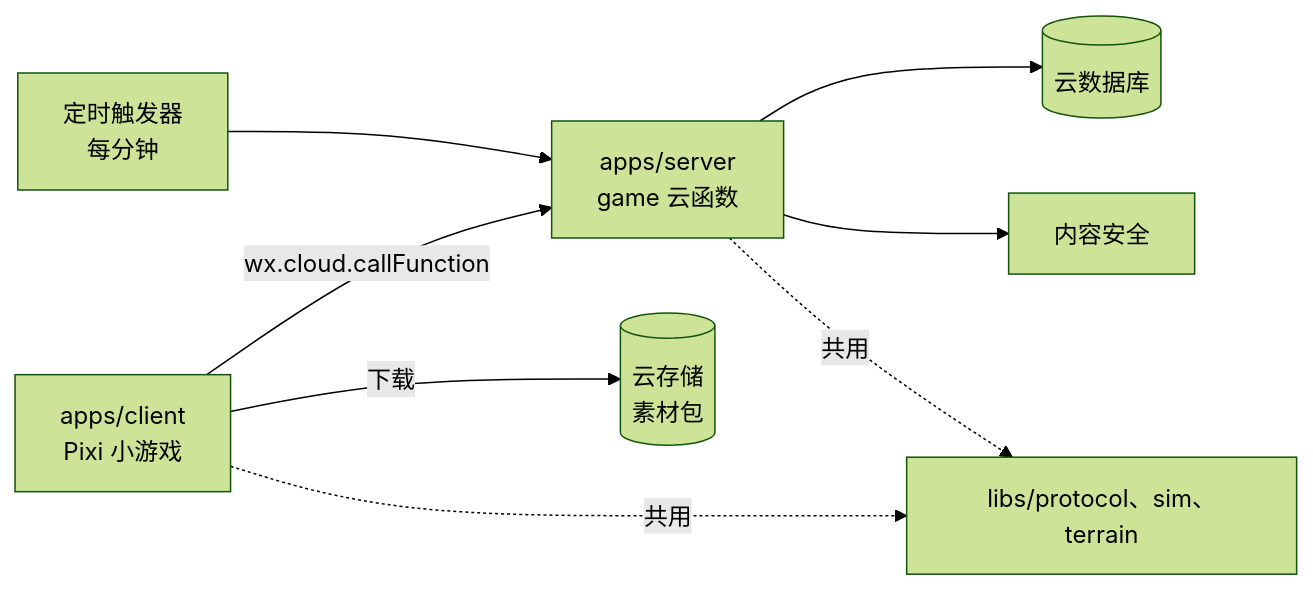
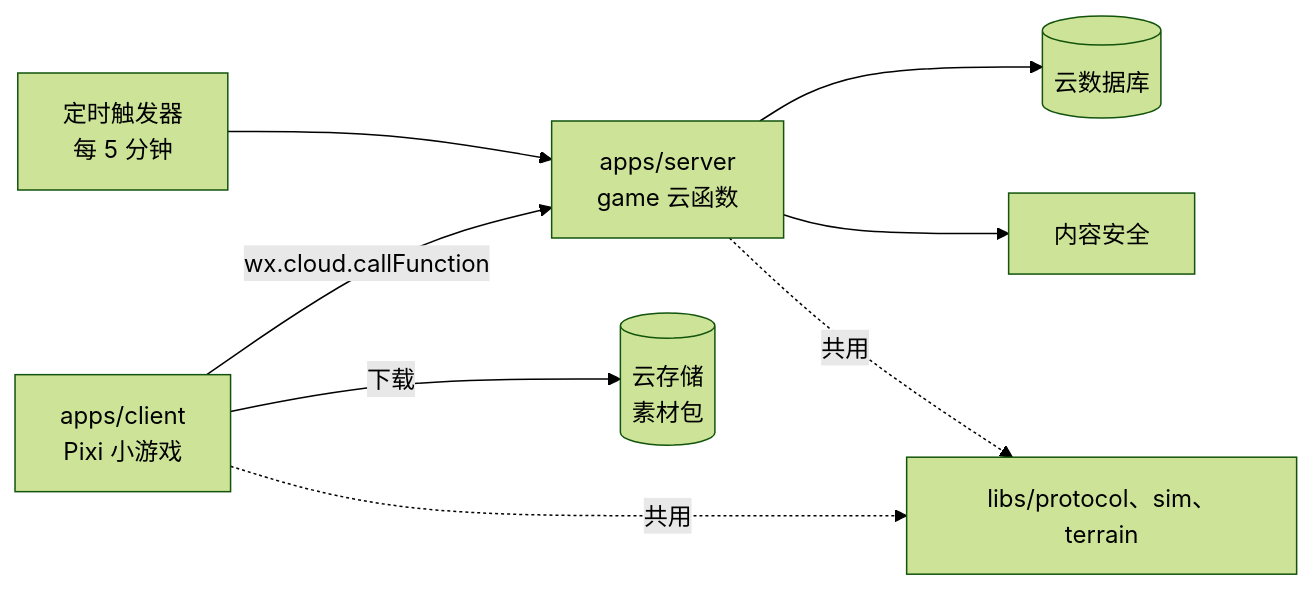
The second of 6 diagrams in docs/architecture/overview.md (juanchaopan/city-link), drawn with Mermaid (forest theme) before and after one commit. The commit also changed other lines of this file and 17 other files, not shown here.

Commit message:
docs(architecture): 落实三项探针结论并接受河网方案

````diff
--- a/docs/architecture/overview.md
+++ b/docs/architecture/overview.md
@@ -60,10 +60,10 @@
 ```mermaid
 flowchart LR
   client[apps/client<br/>Pixi 小游戏] -->|wx.cloud.callFunction| game[apps/server<br/>game 云函数]
   client -->|下载| storage[(云存储<br/>素材包)]
-  timer[定时触发器<br/>每分钟] --> game
+  timer[定时触发器<br/>每 5 分钟] --> game
   game --> db[(云数据库)]
   game --> security[内容安全]
   client -.共用.-> libs[libs/protocol、sim、terrain]
   game -.共用.-> libs
 ```
````
